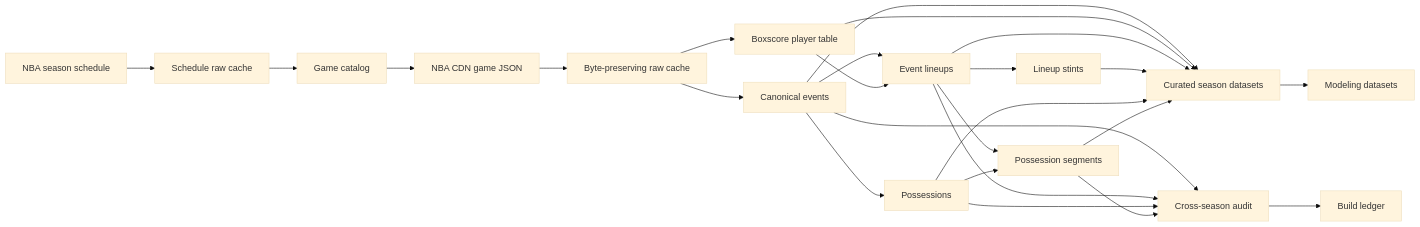
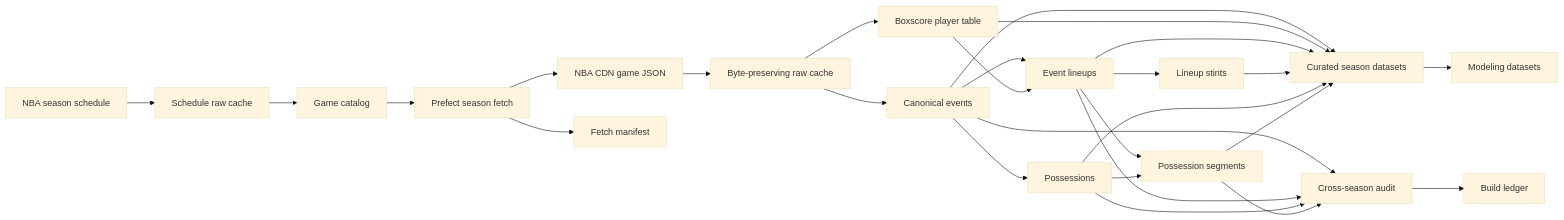
The diagram in docs/architecture/data-flow.md (EvanZ/nba-lineup-model), drawn with Mermaid (base theme) before and after one commit. The commit also changed other lines of this file and 22 other files, not shown here.

````diff
--- a/docs/architecture/data-flow.md
+++ b/docs/architecture/data-flow.md
@@ -3,27 +3,29 @@
 ```mermaid
 flowchart LR
     SCHED["NBA season schedule"] --> SRAW["Schedule raw cache"]
     SRAW --> CAT["Game catalog"]
-    CAT --> CDN["NBA CDN game JSON"]
+    CAT --> FLOW["Prefect season fetch"]
+    FLOW --> CDN["NBA CDN game JSON"]
     CDN["NBA CDN game JSON"] --> RAW["Byte-preserving raw cache"]
+    FLOW --> FMAN["Fetch manifest"]
     RAW --> EVT["Canonical events"]
     RAW --> BOX["Boxscore player table"]
     EVT --> LUP["Event lineups"]
     BOX --> LUP
     LUP --> STINT["Lineup stints"]
     EVT --> POSS["Possessions"]
     LUP --> SEG["Possession segments"]
     POSS --> SEG
     EVT --> AUDIT["Cross-season audit"]
     LUP --> AUDIT
     POSS --> AUDIT
     SEG --> AUDIT
     EVT --> CURATED["Curated season datasets"]
     BOX --> CURATED
     LUP --> CURATED
     STINT --> CURATED
     POSS --> CURATED
     SEG --> CURATED
     CURATED --> MODEL["Modeling datasets"]
     AUDIT --> LEDGER["Build ledger"]
 ```
````
